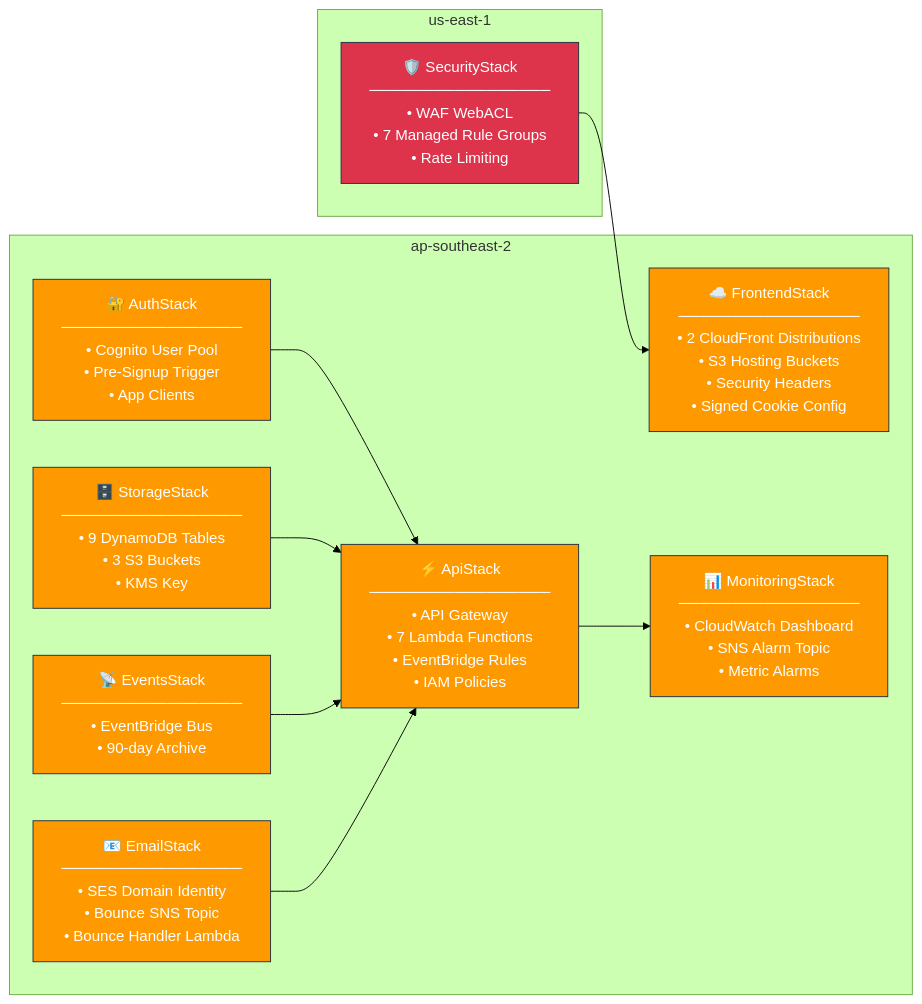
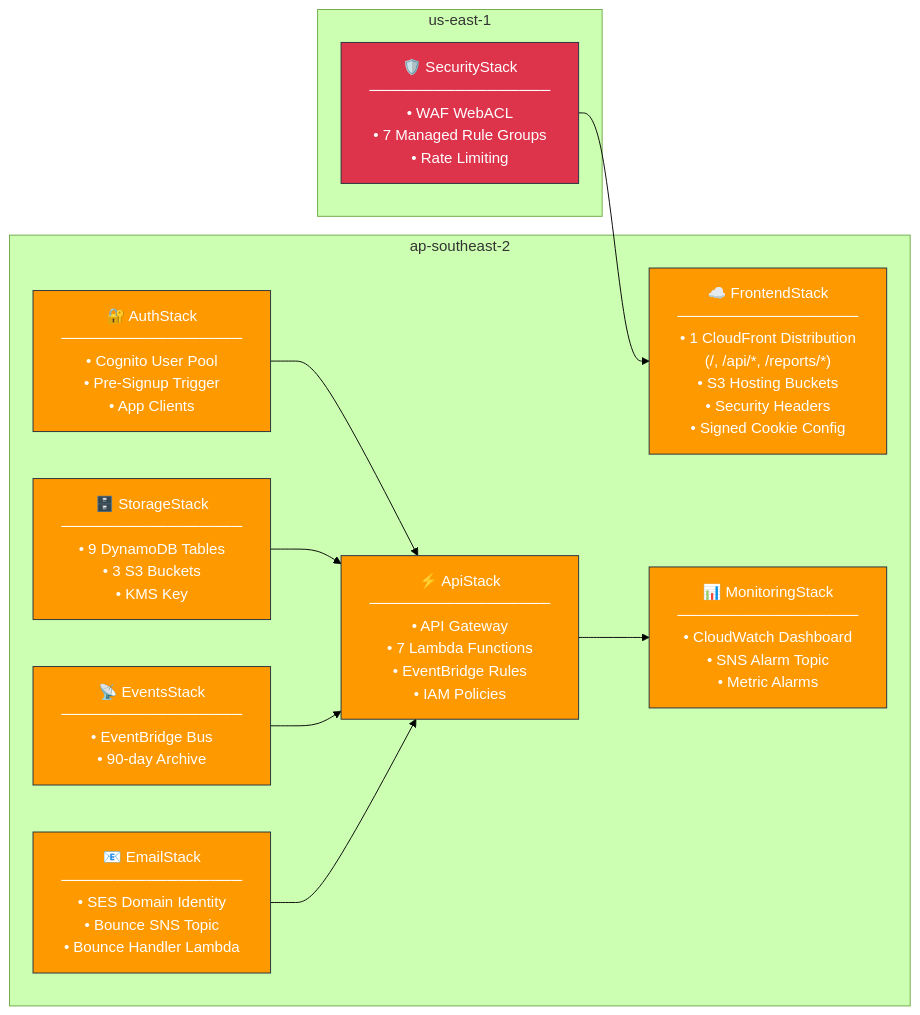
One commit to shanakaj/ReportsPortal changed the second of 9 diagrams in README.md. Above: the diagram before and after it, drawn with Mermaid (forest theme). The commit also changed other lines of this file and 5 other files, not shown here.

First line of the commit message:
Consolidate CloudFront into single distribution with path-based routing (#4)

````diff
--- a/README.md
+++ b/README.md
@@ -156,29 +154,29 @@
 ```mermaid
 flowchart LR
     subgraph Region_Sydney["ap-southeast-2"]
         AuthStack["🔐 AuthStack\n─────────────────\n• Cognito User Pool\n• Pre-Signup Trigger\n• App Clients"]
         StorageStack["🗄️ StorageStack\n─────────────────\n• 9 DynamoDB Tables\n• 3 S3 Buckets\n• KMS Key"]
         EventsStack["📡 EventsStack\n─────────────────\n• EventBridge Bus\n• 90-day Archive"]
         EmailStack["📧 EmailStack\n─────────────────\n• SES Domain Identity\n• Bounce SNS Topic\n• Bounce Handler Lambda"]
         ApiStack["⚡ ApiStack\n─────────────────\n• API Gateway\n• 7 Lambda Functions\n• EventBridge Rules\n• IAM Policies"]
-        FrontendStack["☁️ FrontendStack\n─────────────────\n• 2 CloudFront Distributions\n• S3 Hosting Buckets\n• Security Headers\n• Signed Cookie Config"]
+        FrontendStack["☁️ FrontendStack\n─────────────────\n• 1 CloudFront Distribution\n  (/, /api/*, /reports/*)\n• S3 Hosting Buckets\n• Security Headers\n• Signed Cookie Config"]
         MonitoringStack["📊 MonitoringStack\n─────────────────\n• CloudWatch Dashboard\n• SNS Alarm Topic\n• Metric Alarms"]
     end
 
     subgraph Region_Virginia["us-east-1"]
         SecurityStack["🛡️ SecurityStack\n─────────────────\n• WAF WebACL\n• 7 Managed Rule Groups\n• Rate Limiting"]
     end
 
     AuthStack --> ApiStack
     StorageStack --> ApiStack
     EventsStack --> ApiStack
     EmailStack --> ApiStack
     SecurityStack --> FrontendStack
     ApiStack --> MonitoringStack
 
     classDef sydney fill:#ff9900,stroke:#232f3e,color:#fff
     classDef virginia fill:#dd344c,stroke:#232f3e,color:#fff
 
     class AuthStack,StorageStack,EventsStack,EmailStack,ApiStack,FrontendStack,MonitoringStack sydney
     class SecurityStack virginia
 ```
````
